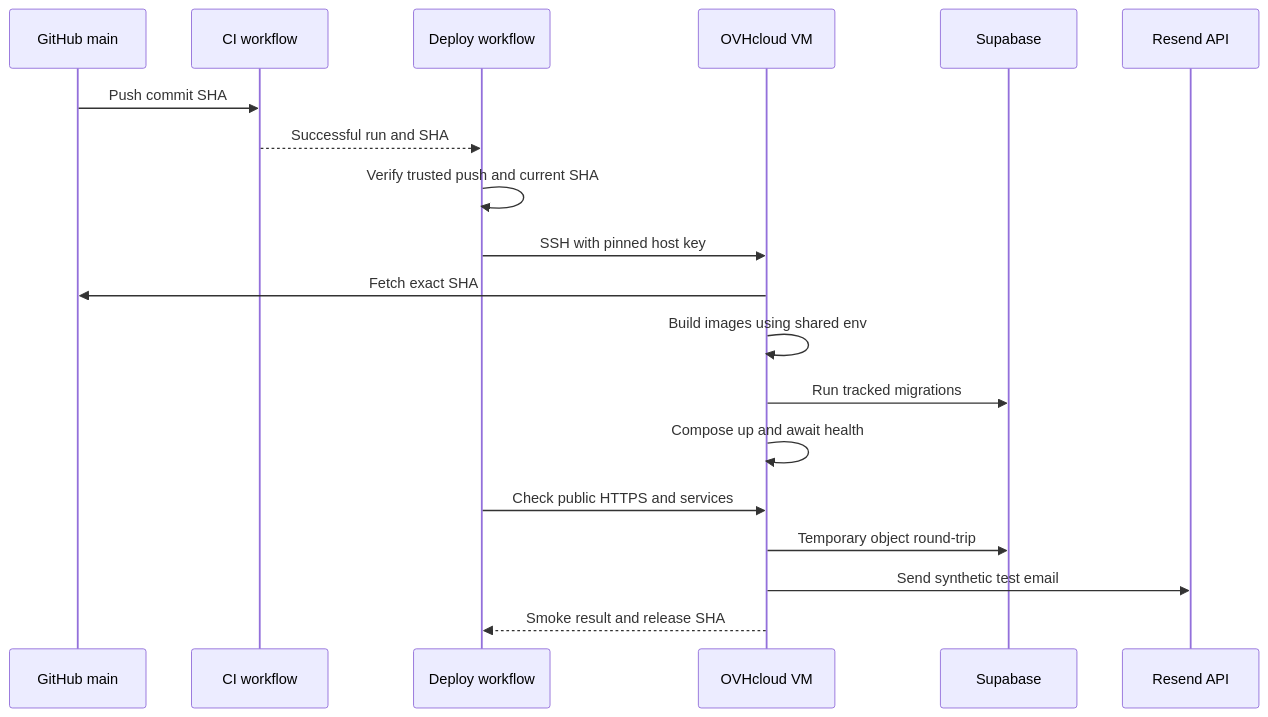
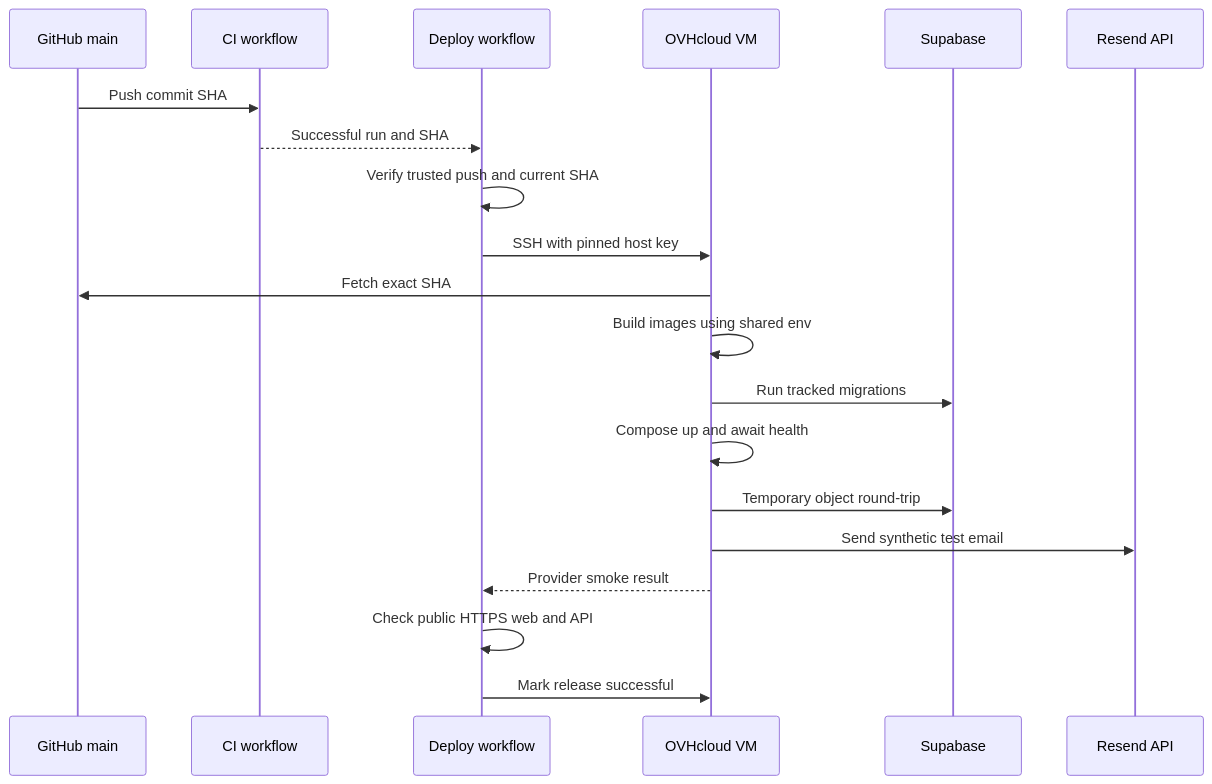
The diagram in documentation/design/2026-11-10-automatic-vm-deployment.md (drh-14/ChalkTalk), drawn with Mermaid before and after one commit. The commit also changed other lines of this file and 3 other files, not shown here.

````diff
--- a/documentation/design/2026-11-10-automatic-vm-deployment.md
+++ b/documentation/design/2026-11-10-automatic-vm-deployment.md
@@ -24,21 +24,22 @@
 ```mermaid
 sequenceDiagram
     participant Git as GitHub main
     participant CI as CI workflow
     participant Deploy as Deploy workflow
     participant VM as OVHcloud VM
     participant Data as Supabase
     participant Mail as Resend API
     Git->>CI: Push commit SHA
     CI-->>Deploy: Successful run and SHA
     Deploy->>Deploy: Verify trusted push and current SHA
     Deploy->>VM: SSH with pinned host key
     VM->>Git: Fetch exact SHA
     VM->>VM: Build images using shared env
     VM->>Data: Run tracked migrations
     VM->>VM: Compose up and await health
-    Deploy->>VM: Check public HTTPS and services
     VM->>Data: Temporary object round-trip
     VM->>Mail: Send synthetic test email
-    VM-->>Deploy: Smoke result and release SHA
+    VM-->>Deploy: Provider smoke result
+    Deploy->>Deploy: Check public HTTPS web and API
+    Deploy->>VM: Mark release successful
 ```
````
